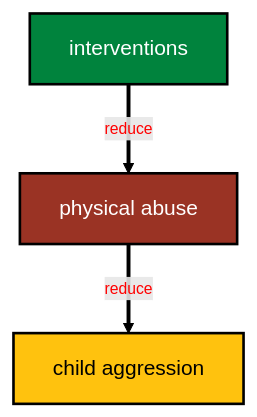
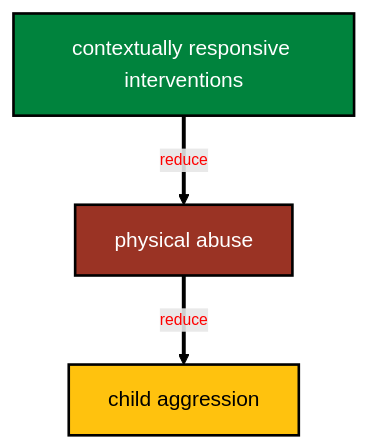
Before and after one commit to agrogan1/closeread: the sixth of 7 diagrams in normativeness-of-violence/normativeness-of-violence.qmd, drawn with Mermaid. The commit also changed other lines of this file and 1 other file, not shown here.

Commit message:
tried a more complicated diagram; it didn't work well; back to original; tweaked the language

````diff
--- a/normativeness-of-violence/normativeness-of-violence.qmd
+++ b/normativeness-of-violence/normativeness-of-violence.qmd
@@ -339,21 +339,22 @@
 ```{mermaid}
+%%| eval: true
 
 flowchart TB
 
   classDef yellow fill:#FFC20E,stroke:#000000,stroke-width:2px,color:#000000;
   
   classDef blue fill:#374EA2,stroke:#000000,stroke-width:2px,color:#FFFFFF;
   
   classDef green fill:#00833D,stroke:#000000,stroke-width:2px,color:#FFFFFF;
   
   classDef orange fill:#D86018,stroke:#000000,stroke-width:2px,color:#FFFFFF;
   
   classDef red fill:#9A3324,stroke:#000000,stroke-width:2px,color:#FFFFFF;
+
+  interventions[contextually responsive interventions]:::green --> |"reduce"| abuse
   
   abuse[physical abuse]:::red -->  |"reduce"| aggression[child aggression]:::yellow
-
-  interventions:::green --> |"reduce"| abuse
 
   linkStyle 0,1 stroke:#000000,stroke-width:3px,font-size:12px,color:red;
 
 ```
````
